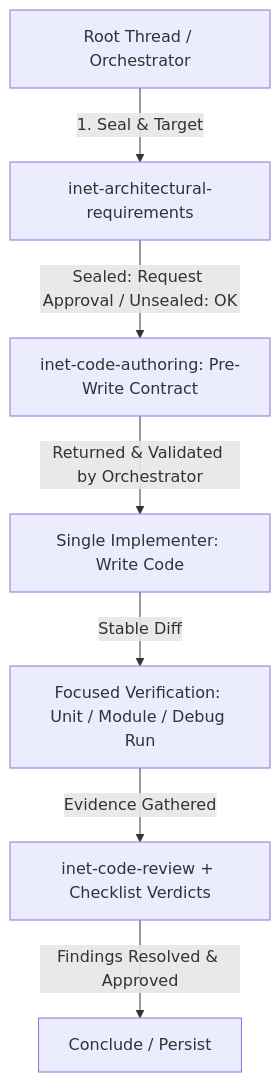
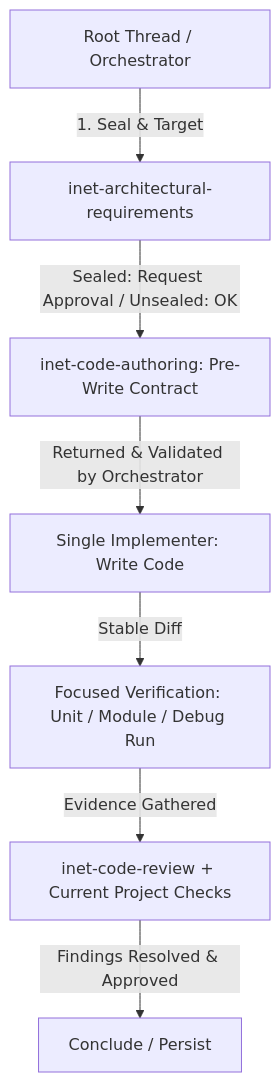
One commit to mgonzalezlopezudc/inet-skills changed the diagram in .agents/skills/inet-agent-orchestration/SKILL.md. Above: the diagram before and after it, drawn with Mermaid. The commit also changed other lines of this file and 19 other files, not shown here.

First line of the commit message:
Use current INET project documents for skill policy

````diff
--- a/.agents/skills/inet-agent-orchestration/SKILL.md
+++ b/.agents/skills/inet-agent-orchestration/SKILL.md
@@ -38,9 +38,9 @@
 ```mermaid
 graph TD
     Root[Root Thread / Orchestrator] -->|1. Seal & Target| ArchGuard[inet-architectural-requirements]
     ArchGuard -->|Sealed: Request Approval / Unsealed: OK| Contract[inet-code-authoring: Pre-Write Contract]
     Contract -->|Returned & Validated by Orchestrator| Implement[Single Implementer: Write Code]
     Implement -->|Stable Diff| Test[Focused Verification: Unit / Module / Debug Run]
-    Test -->|Evidence Gathered| Review[inet-code-review + Checklist Verdicts]
+    Test -->|Evidence Gathered| Review[inet-code-review + Current Project Checks]
     Review -->|Findings Resolved & Approved| Conclude[Conclude / Persist]
 ```
````
